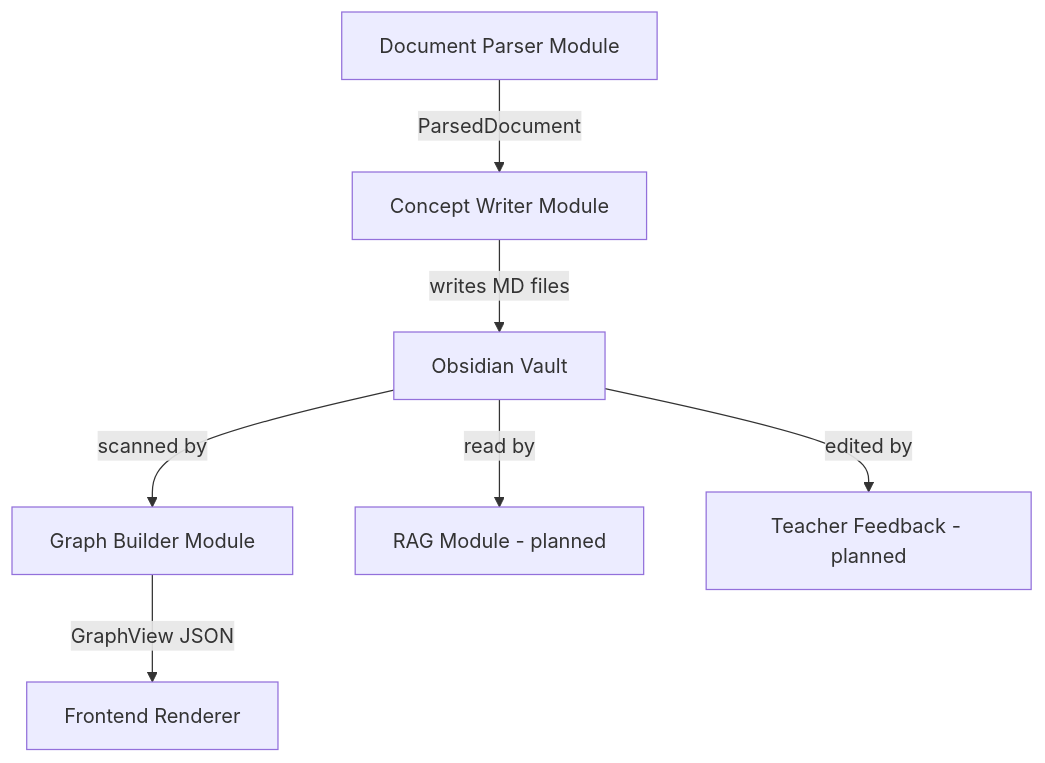
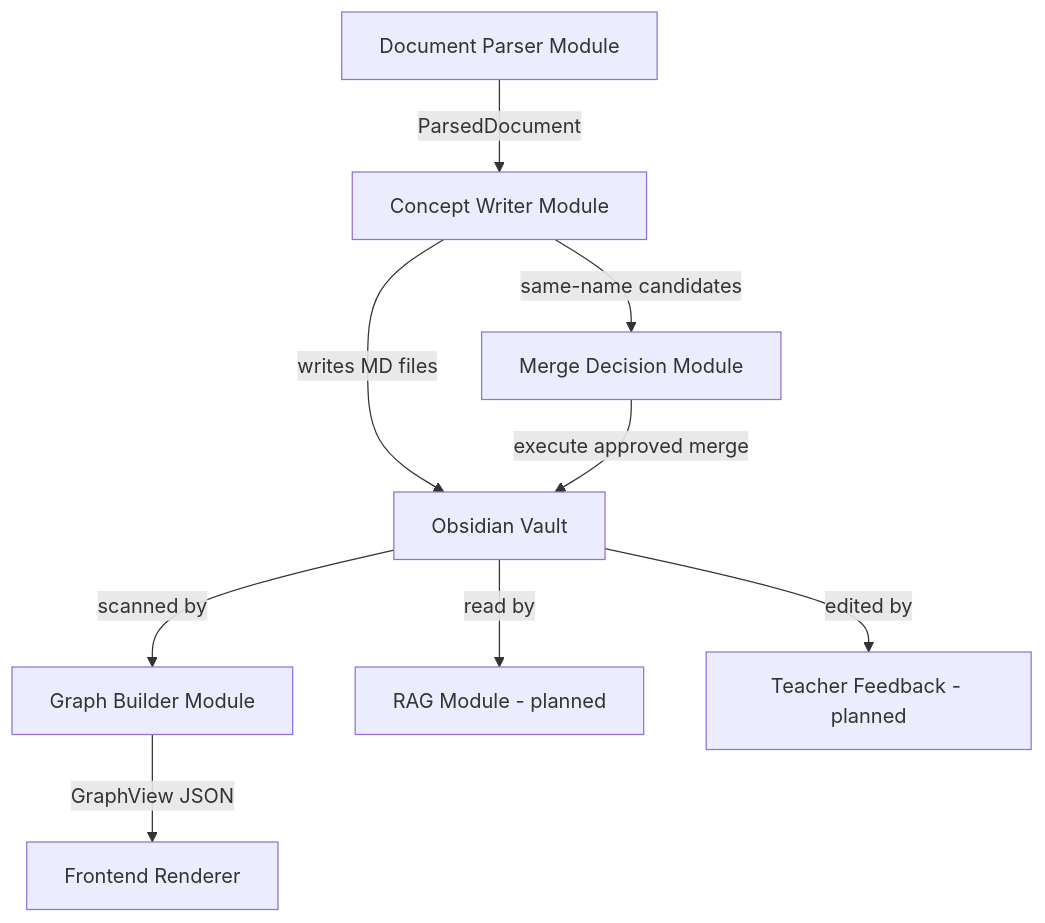
The diagram in docs/Agent架构说明.md (spdc-elm/hackathon-05-10), drawn with Mermaid before and after one commit. The commit also changed other lines of this file and 25 other files, not shown here.

Commit message:
Implement merge decision workflow and report

````diff
--- a/docs/Agent架构说明.md
+++ b/docs/Agent架构说明.md
@@ -7,9 +7,11 @@
 ```mermaid
 graph TD
     A[Document Parser Module] -->|ParsedDocument| B[Concept Writer Module]
     B -->|writes MD files| C[Obsidian Vault]
-    C -->|scanned by| D[Graph Builder Module]
-    D -->|GraphView JSON| E[Frontend Renderer]
-    C -->|read by| F[RAG Module - planned]
+    B -->|same-name candidates| D[Merge Decision Module]
+    D -->|execute approved merge| C
+    C -->|scanned by| E[Graph Builder Module]
+    E -->|GraphView JSON| F[Frontend Renderer]
+    C -->|read by| H[RAG Module - planned]
     C -->|edited by| G[Teacher Feedback - planned]
 ```
````
